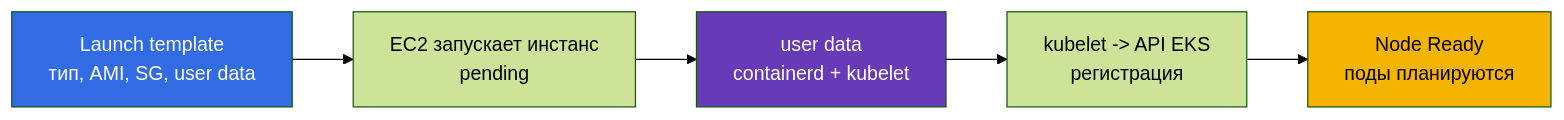
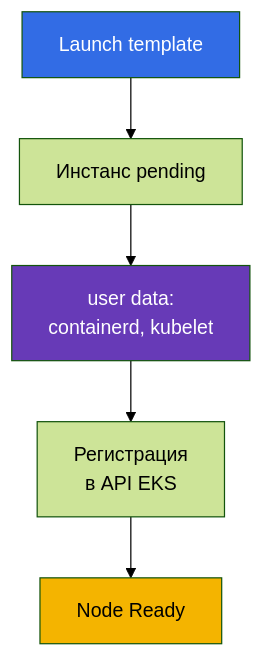
Before and after one commit to ViktorUJ/cks: the first of 3 diagrams in tasks/eks/course/00-4-ec2/ru.md, drawn with Mermaid (forest theme). The commit also changed other lines of this file and 52 other files, not shown here.

````diff
--- a/tasks/eks/course/00-4-ec2/ru.md
+++ b/tasks/eks/course/00-4-ec2/ru.md
@@ -19,10 +19,10 @@
 ```mermaid
-flowchart LR
-    lt["Launch template<br>тип, AMI, SG, user data"] --> run["EC2 запускает инстанс<br>pending"]
-    run --> boot["user data<br>containerd + kubelet"]
-    boot --> reg["kubelet -> API EKS<br>регистрация"]
-    reg --> ready["Node Ready<br>поды планируются"]
+flowchart TB
+    lt["Launch template"] --> run["Инстанс pending"]
+    run --> boot["user data:<br/>containerd, kubelet"]
+    boot --> reg["Регистрация<br/>в API EKS"]
+    reg --> ready["Node Ready"]
     style lt fill:#326ce5,color:#fff
     style boot fill:#673ab7,color:#fff
     style ready fill:#f4b400,color:#000
 ```
````
